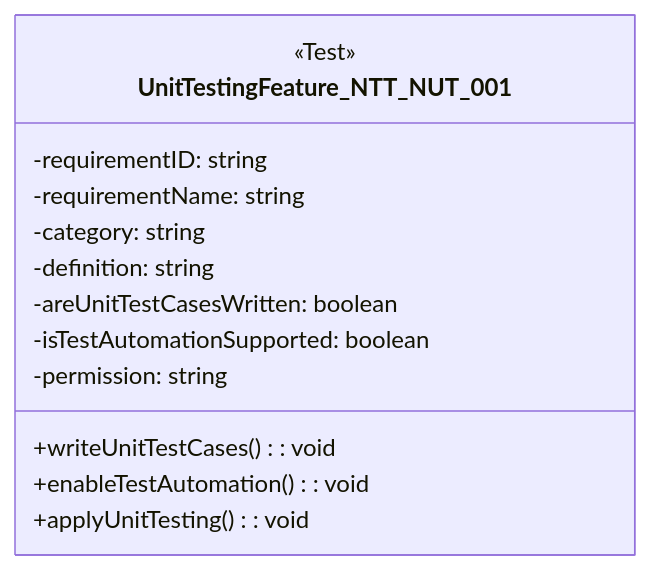
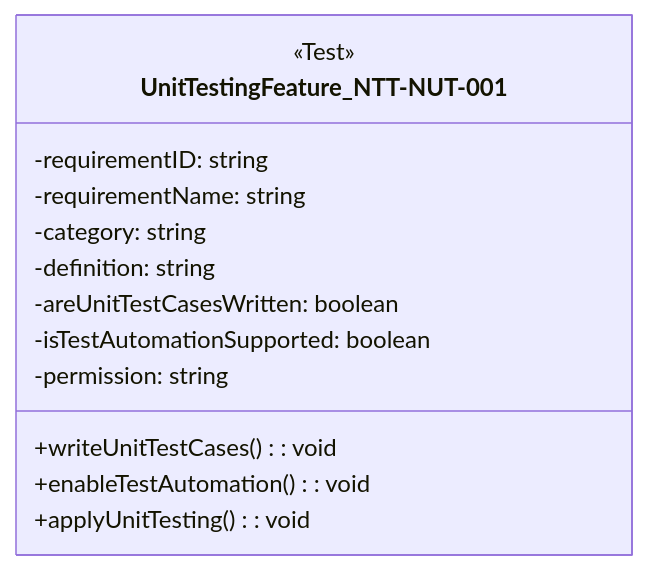
Before and after one commit to sun922/University-SoftwareDesign: diagram 25 of 54 in 1. Requirement Analysis/Software Requirements Specification.md, drawn with Mermaid. The commit also changed other lines of this file, not shown here.

````diff
--- a/1. Requirement Analysis/Software Requirements Specification.md
+++ b/1. Requirement Analysis/Software Requirements Specification.md
@@ -771,17 +771,17 @@
 ```mermaid
 classDiagram
-    class UnitTestingFeature_NTT_NUT_001 {
+    class UnitTestingFeature_NTT-NUT-001 {
         <<Test>>
         -requirementID: string
         -requirementName: string
         -category: string
         -definition: string
         -areUnitTestCasesWritten: boolean
         -isTestAutomationSupported: boolean
         -permission: string
 
         +writeUnitTestCases(): void
         +enableTestAutomation(): void
         +applyUnitTesting(): void
     }
 ```
````
